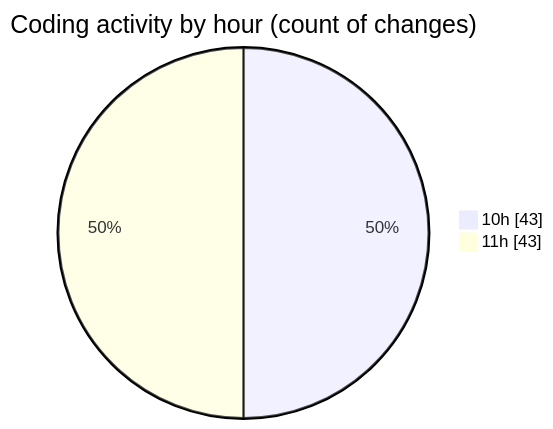
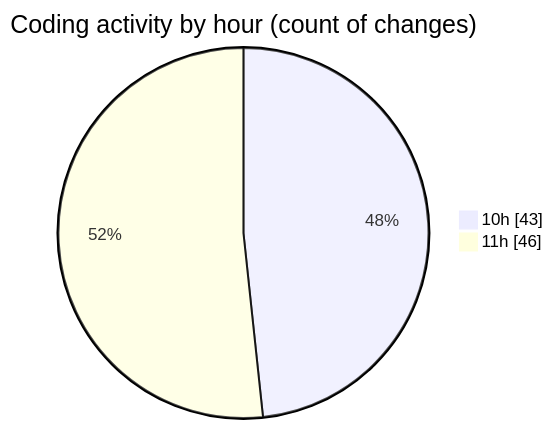
The second of 2 diagrams in 2025-02-10/cda/README.md (momahboobian/code-tracking), drawn with Mermaid before and after one commit. The commit also changed other lines of this file and 1 other file, not shown here.

````diff
--- a/2025-02-10/cda/README.md
+++ b/2025-02-10/cda/README.md
@@ -35,6 +35,6 @@
 ```mermaid
 pie showData
 title Coding activity by hour (count of changes)
 "10h" : 43
-"11h" : 43
+"11h" : 46
 ```
````
